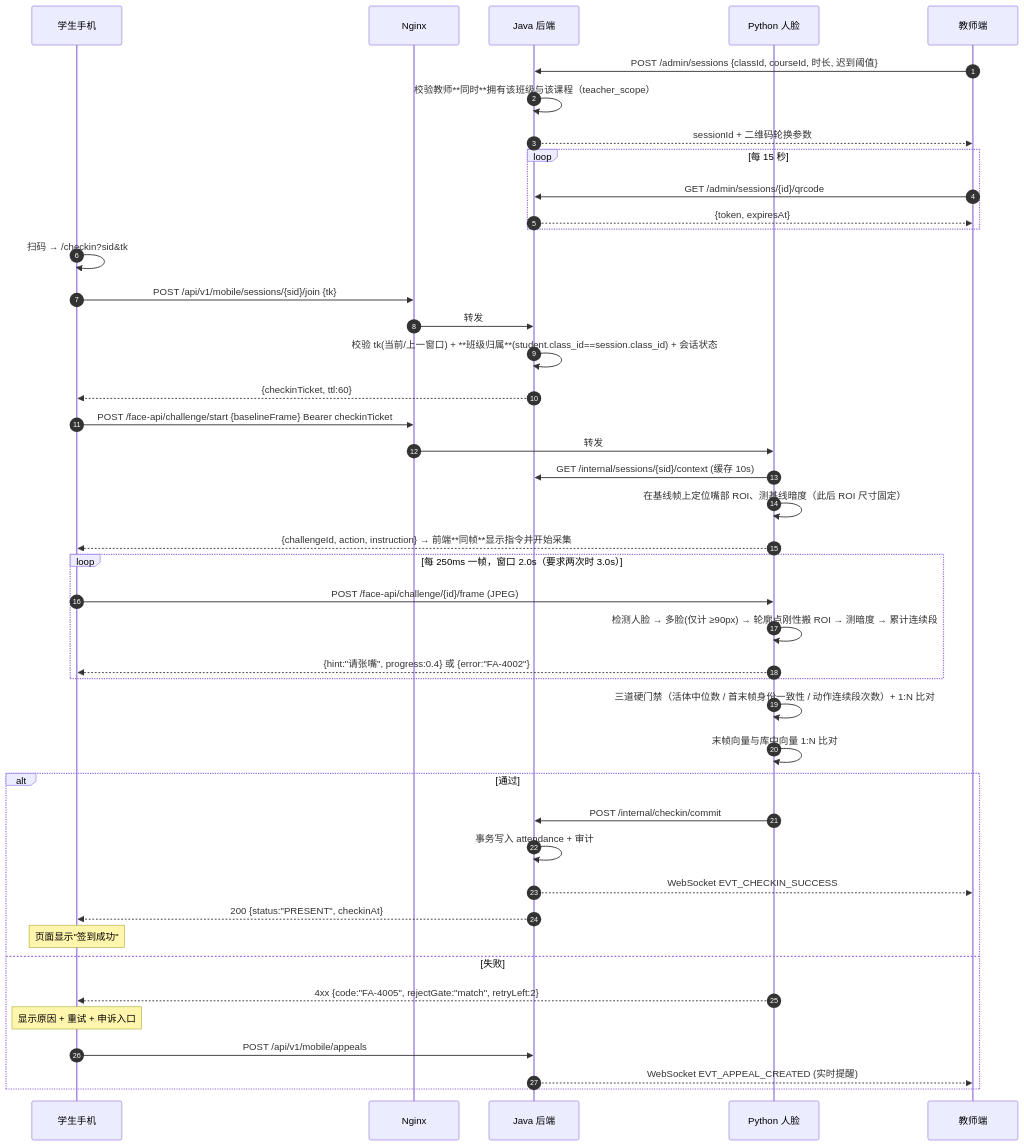
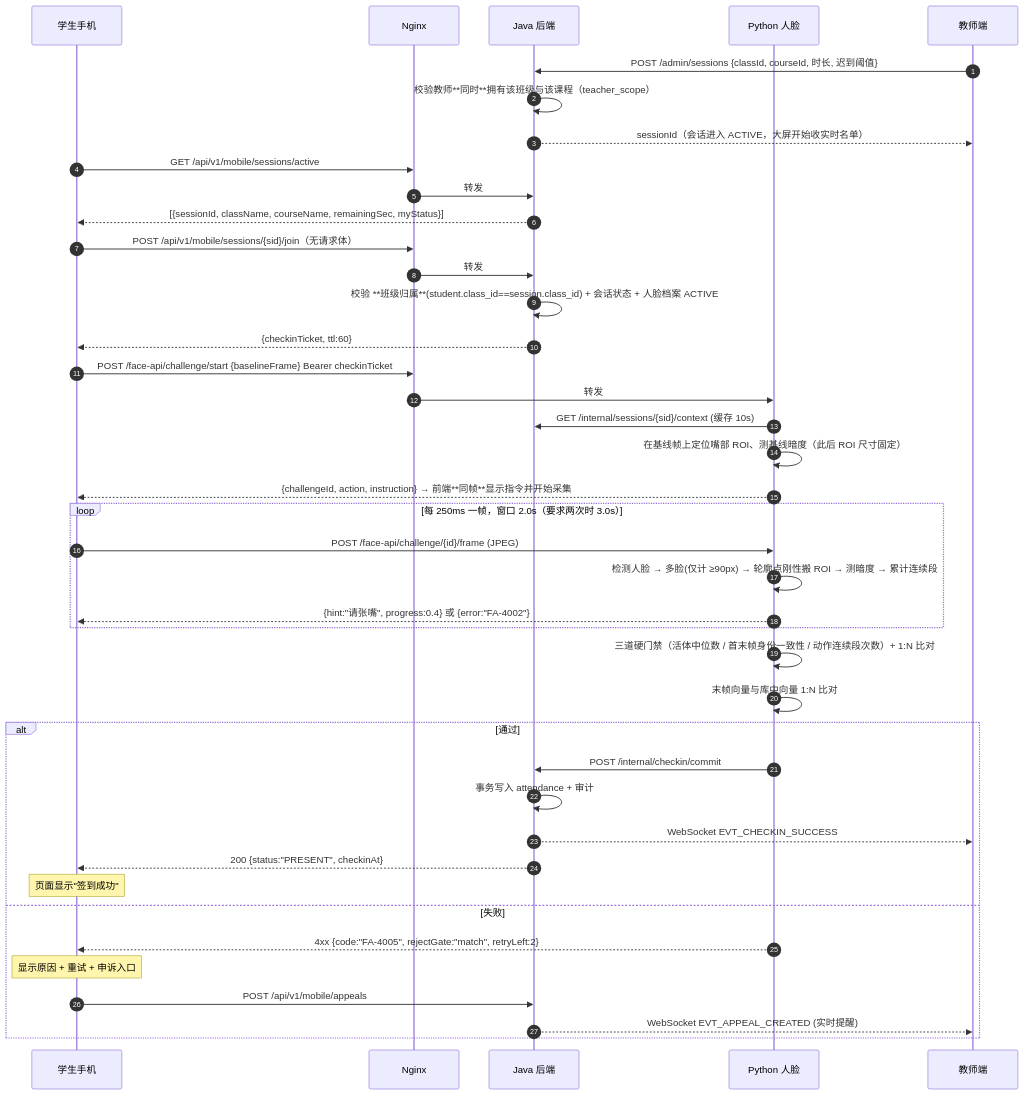
Before and after one commit to stannardgg/gg-attendance: the second of 6 diagrams in 项目文档.md, drawn with Mermaid. The commit also changed other lines of this file and 79 other files, not shown here.

````diff
--- a/项目文档.md
+++ b/项目文档.md
@@ -332,51 +334,49 @@
 ```mermaid
 sequenceDiagram
   autonumber
   participant S as 学生手机
   participant N as Nginx
   participant J as Java 后端
   participant F as Python 人脸
   participant T as 教师端
 
   T->>J: POST /admin/sessions {classId, courseId, 时长, 迟到阈值}
   J->>J: 校验教师**同时**拥有该班级与该课程（teacher_scope）
-  J-->>T: sessionId + 二维码轮换参数
-  loop 每 15 秒
-    T->>J: GET /admin/sessions/{id}/qrcode
-    J-->>T: {token, expiresAt}
-  end
+  J-->>T: sessionId（会话进入 ACTIVE，大屏开始收实时名单）
 
-  S->>S: 扫码 → /checkin?sid&tk
-  S->>N: POST /api/v1/mobile/sessions/{sid}/join {tk}
+  S->>N: GET /api/v1/mobile/sessions/active
   N->>J: 转发
-  J->>J: 校验 tk(当前/上一窗口) + **班级归属**(student.class_id==session.class_id) + 会话状态
+  J-->>S: [{sessionId, className, courseName, remainingSec, myStatus}]
+  S->>N: POST /api/v1/mobile/sessions/{sid}/join（无请求体）
+  N->>J: 转发
+  J->>J: 校验 **班级归属**(student.class_id==session.class_id) + 会话状态 + 人脸档案 ACTIVE
   J-->>S: {checkinTicket, ttl:60}
 
   S->>N: POST /face-api/challenge/start {baselineFrame}  Bearer checkinTicket
   N->>F: 转发
   F->>J: GET /internal/sessions/{sid}/context (缓存 10s)
   F->>F: 在基线帧上定位嘴部 ROI、测基线暗度（此后 ROI 尺寸固定）
   F-->>S: {challengeId, action, instruction} → 前端**同帧**显示指令并开始采集
 
   loop 每 250ms 一帧，窗口 2.0s（要求两次时 3.0s）
     S->>F: POST /face-api/challenge/{id}/frame (JPEG)
     F->>F: 检测人脸 → 多脸(仅计 ≥90px) → 轮廓点刚性搬 ROI → 测暗度 → 累计连续段
     F-->>S: {hint:"请张嘴", progress:0.4} 或 {error:"FA-4002"}
   end
 
   F->>F: 三道硬门禁（活体中位数 / 首末帧身份一致性 / 动作连续段次数）+ 1:N 比对
 
   F->>F: 末帧向量与库中向量 1:N 比对
   alt 通过
     F->>J: POST /internal/checkin/commit
     J->>J: 事务写入 attendance + 审计
     J-->>T: WebSocket EVT_CHECKIN_SUCCESS
     J-->>S: 200 {status:"PRESENT", checkinAt}
     Note over S: 页面显示"签到成功"
   else 失败
     F-->>S: 4xx {code:"FA-4005", rejectGate:"match", retryLeft:2}
     Note over S: 显示原因 + 重试 + 申诉入口
     S->>J: POST /api/v1/mobile/appeals
     J-->>T: WebSocket EVT_APPEAL_CREATED (实时提醒)
   end
 ```
````
